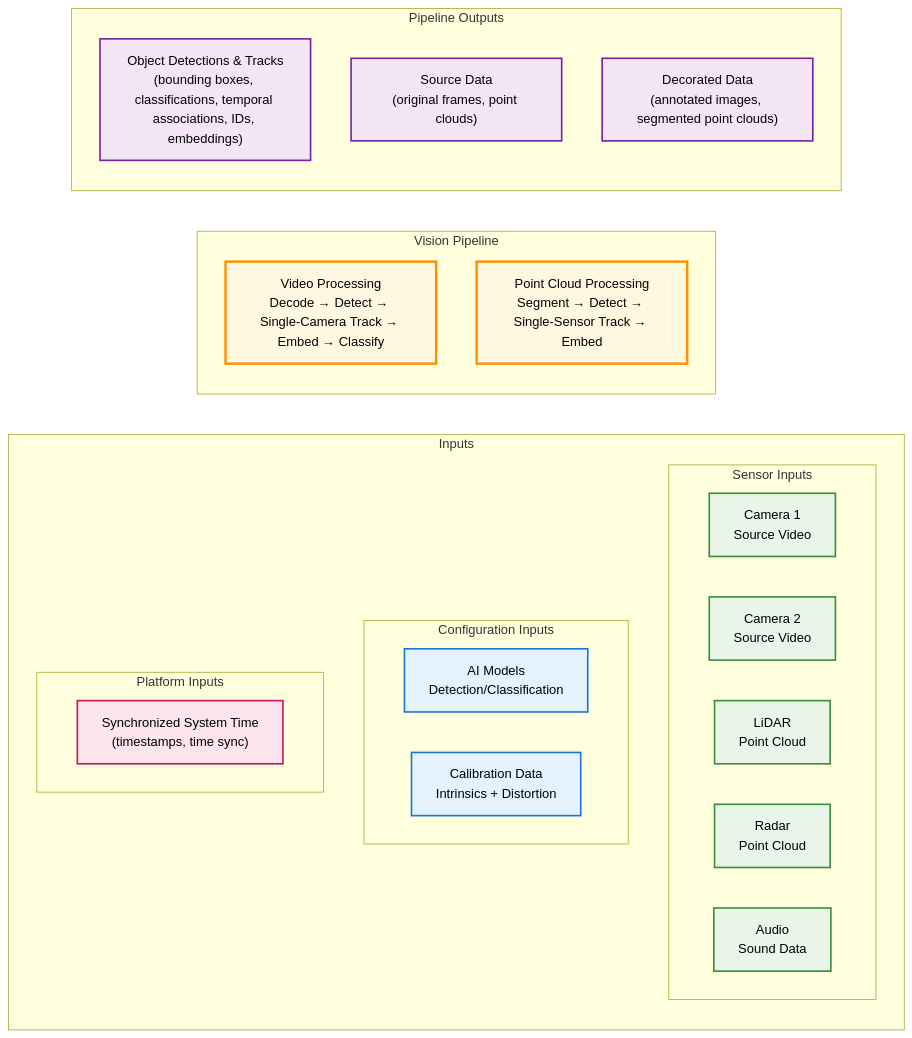
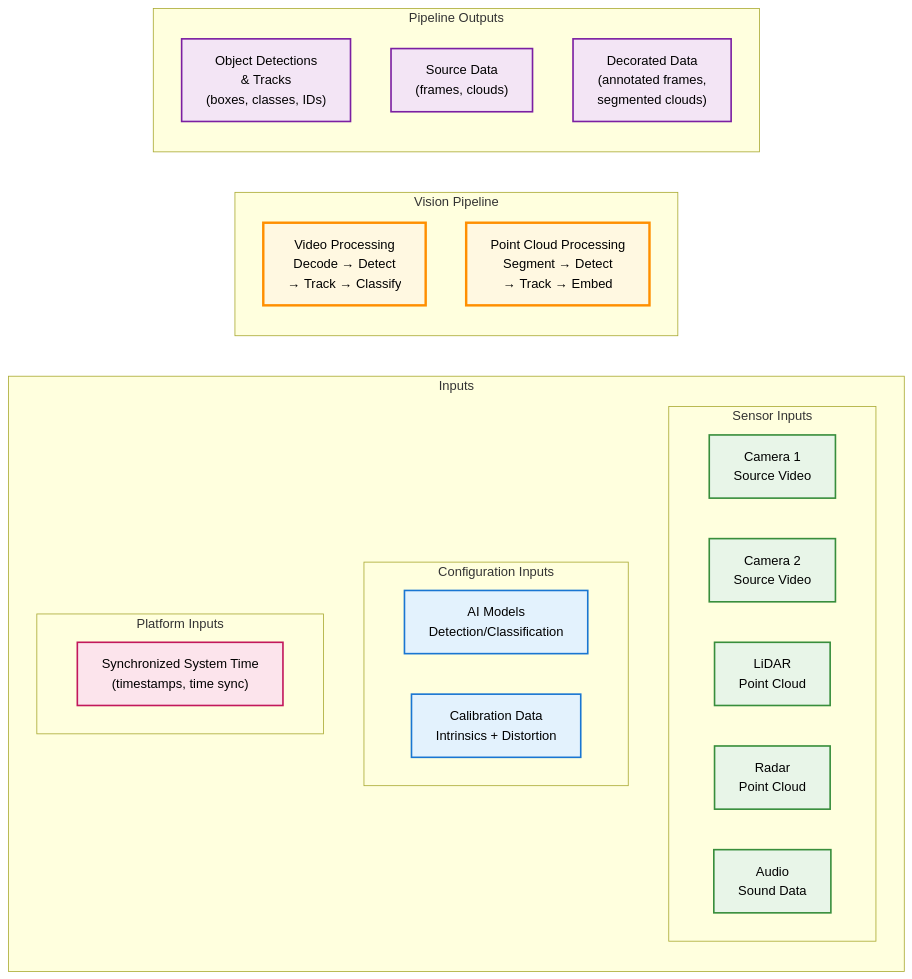
Before and after one commit to open-edge-platform/scenescape: the first of 11 diagrams in docs/design/vision-pipeline-overview.md, drawn with Mermaid. The commit also changed other lines of this file, not shown here.

````diff
--- a/docs/design/vision-pipeline-overview.md
+++ b/docs/design/vision-pipeline-overview.md
@@ -96,45 +96,45 @@
 ```mermaid
 flowchart LR
     subgraph Inputs["Inputs"]
         subgraph SensorInputs["Sensor Inputs"]
             CAM1["Camera 1<br/>Source Video"]
             CAM2["Camera 2<br/>Source Video"] 
             LIDAR["LiDAR<br/>Point Cloud"]
             RADAR["Radar<br/>Point Cloud"]
             AUDIO["Audio<br/>Sound Data"]
         end
         
         subgraph ConfigInputs["Configuration Inputs"]
             MODELS["AI Models<br/>Detection/Classification"]
             CALIB["Calibration Data<br/>Intrinsics + Distortion"]
         end
         
         subgraph PlatformInputs["Platform Inputs"]
             TIME["Synchronized System Time<br/>(timestamps, time sync)"]
         end
     end
     
     subgraph Pipeline["Vision Pipeline"]
-        VIDEO["Video Processing<br/>Decode → Detect → Single-Camera Track → Embed → Classify"]
-        POINTCLOUD["Point Cloud Processing<br/>Segment → Detect → Single-Sensor Track → Embed"]
+        VIDEO["Video Processing<br/>Decode → Detect<br/>→ Track → Classify"]
+        POINTCLOUD["Point Cloud Processing<br/>Segment → Detect<br/>→ Track → Embed"]
     end
     
     subgraph Outputs["Pipeline Outputs"]
-        DETECTIONS["Object Detections & Tracks<br/>(bounding boxes, classifications, temporal associations, IDs, embeddings)"]
-        RAWDATA["Source Data<br/>(original frames, point clouds)"]
-        DECORATED["Decorated Data<br/>(annotated images, segmented point clouds)"]
+        DETECTIONS["Object Detections<br/>& Tracks<br/>(boxes, classes, IDs)"]
+        RAWDATA["Source Data<br/>(frames, clouds)"]
+        DECORATED["Decorated Data<br/>(annotated frames,<br/>segmented clouds)"]
     end
     
     %% Styling
     classDef pipeline fill:#fff8e1,stroke:#ff8f00,stroke-width:3px,color:#000000
     classDef sensors fill:#e8f5e8,stroke:#388e3c,stroke-width:2px,color:#000000
     classDef config fill:#e3f2fd,stroke:#1976d2,stroke-width:2px,color:#000000
     classDef platform fill:#fce4ec,stroke:#c2185b,stroke-width:2px,color:#000000
     classDef outputs fill:#f3e5f5,stroke:#7b1fa2,stroke-width:2px,color:#000000
     
     class VIDEO,POINTCLOUD pipeline
     class CAM1,CAM2,LIDAR,RADAR,AUDIO sensors
     class MODELS,CALIB config
     class TIME platform
     class DETECTIONS,RAWDATA,DECORATED outputs
 ```
````
